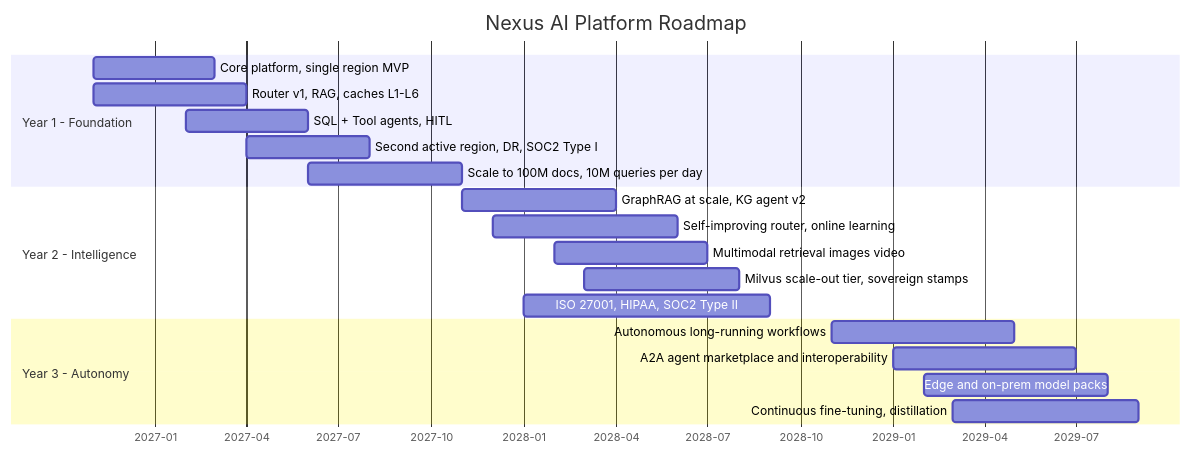
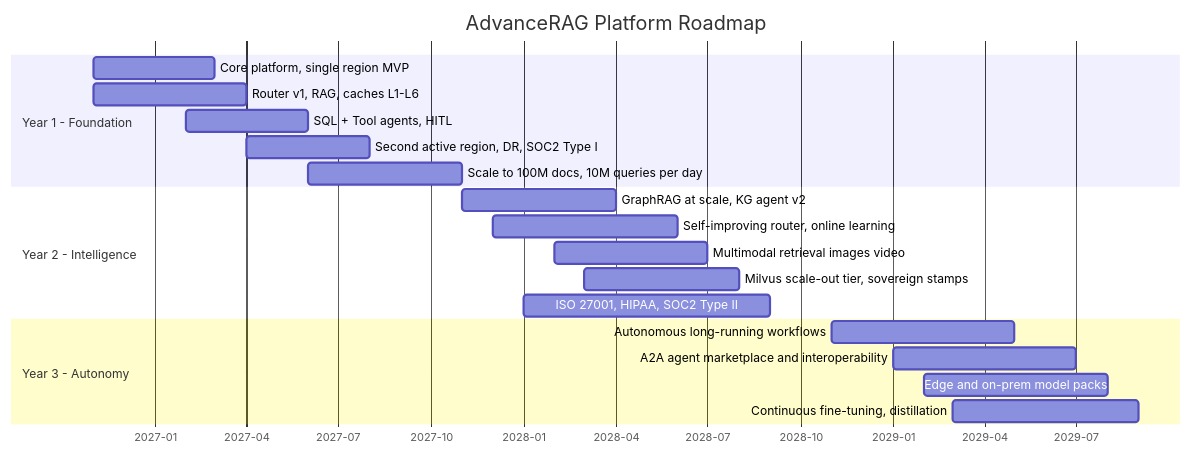
One commit to psingla321/Advance-RAG changed the diagram in docs/21-roadmap-3-years.md. Above: the diagram before and after it, drawn with Mermaid. The commit also changed 58 other files, not shown here.

````diff
--- a/docs/21-roadmap-3-years.md
+++ b/docs/21-roadmap-3-years.md
@@ -3,23 +3,23 @@
 ```mermaid
 gantt
-    title Nexus AI Platform Roadmap
+    title AdvanceRAG Platform Roadmap
     dateFormat YYYY-MM
     axisFormat %Y-%m
     section Year 1 - Foundation
     Core platform, single region MVP           :y1a, 2026-11, 4M
     Router v1, RAG, caches L1-L6               :y1b, 2026-11, 5M
     SQL + Tool agents, HITL                    :y1c, 2027-02, 4M
     Second active region, DR, SOC2 Type I      :y1d, 2027-04, 4M
     Scale to 100M docs, 10M queries per day    :y1e, 2027-06, 5M
     section Year 2 - Intelligence
     GraphRAG at scale, KG agent v2             :y2a, 2027-11, 5M
     Self-improving router, online learning     :y2b, 2027-12, 6M
     Multimodal retrieval images video          :y2c, 2028-02, 5M
     Milvus scale-out tier, sovereign stamps    :y2d, 2028-03, 5M
     ISO 27001, HIPAA, SOC2 Type II             :y2e, 2028-01, 8M
     section Year 3 - Autonomy
     Autonomous long-running workflows          :y3a, 2028-11, 6M
     A2A agent marketplace and interoperability :y3b, 2029-01, 6M
     Edge and on-prem model packs               :y3c, 2029-02, 6M
     Continuous fine-tuning, distillation       :y3d, 2029-03, 6M
 ```
````
